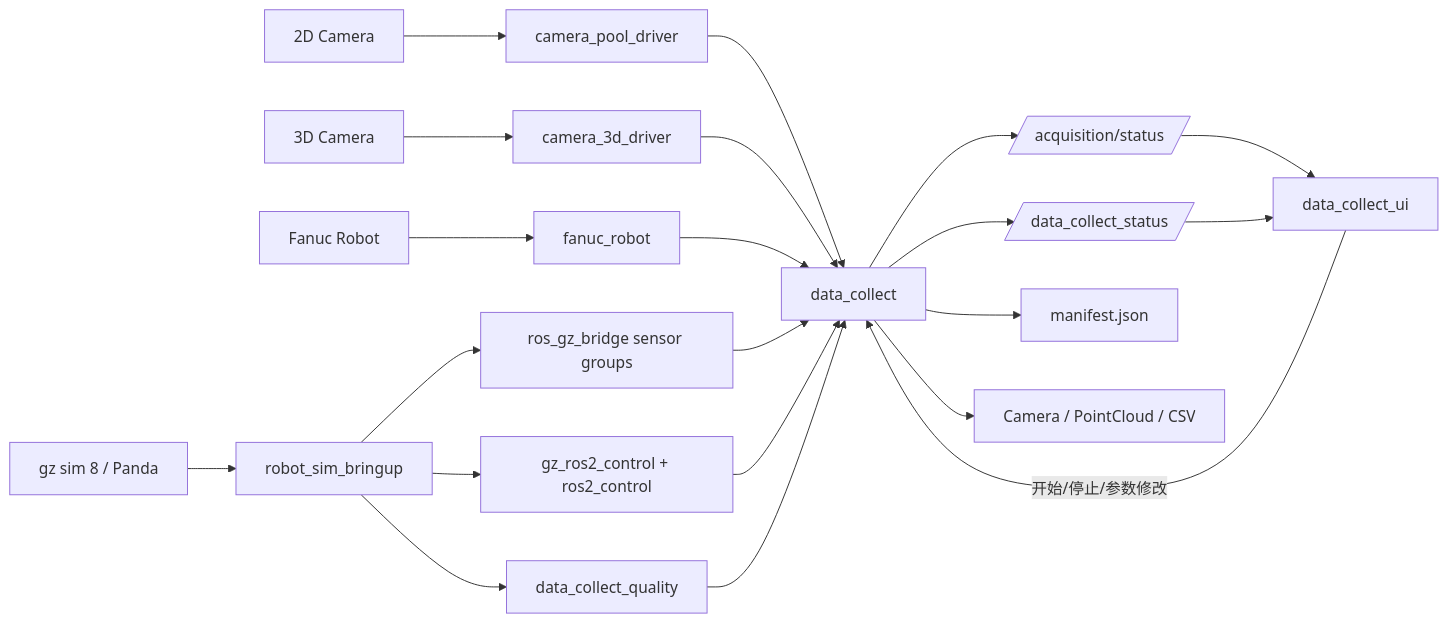
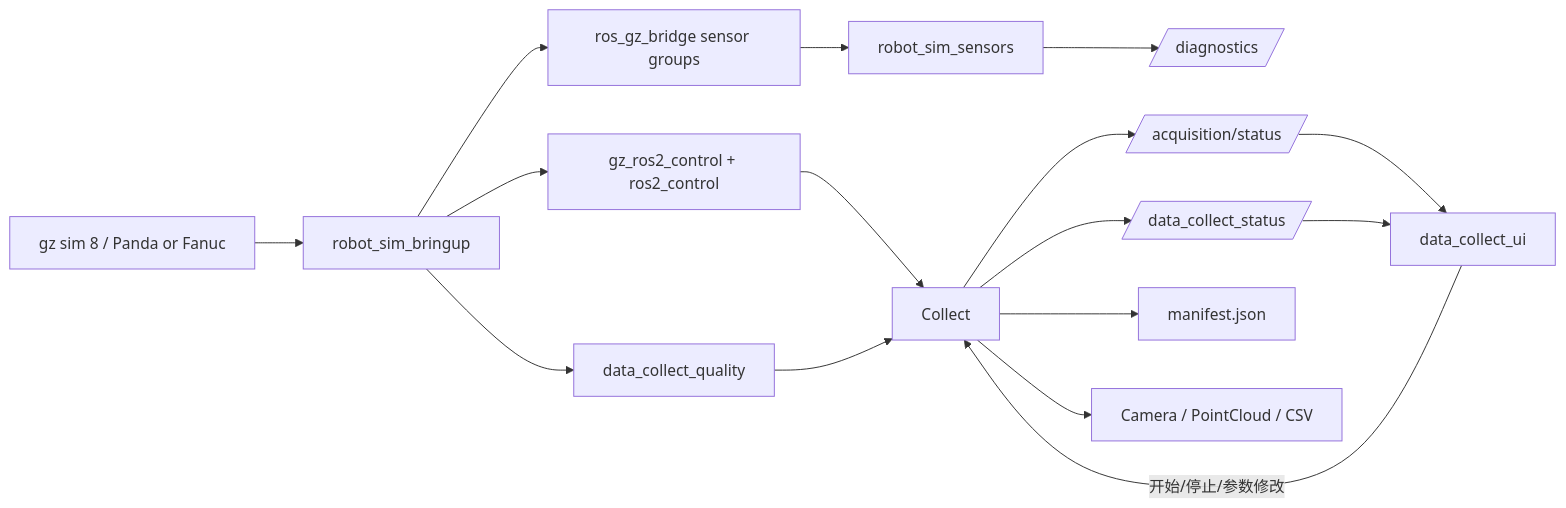
The diagram in docs/architecture/data-flow.md (MzKyle/Robot-Sim), drawn with Mermaid before and after one commit. The commit also changed other lines of this file and 84 other files, not shown here.

````diff
--- a/docs/architecture/data-flow.md
+++ b/docs/architecture/data-flow.md
@@ -5,26 +5,21 @@
 ```mermaid
 flowchart LR
-    Camera2D[2D Camera] --> Node2D[camera_pool_driver]
-    Camera3D[3D Camera] --> Node3D[camera_3d_driver]
-    Robot[Fanuc Robot] --> RobotNode[fanuc_robot]
-    SimSim[gz sim 8 / Panda] --> SimLaunch[robot_sim_bringup]
+    SimSim[gz sim 8 / Panda or Fanuc] --> SimLaunch[robot_sim_bringup]
     SimLaunch --> SimNode3D[ros_gz_bridge sensor groups]
     SimLaunch --> SimRobot[gz_ros2_control + ros2_control]
+    SimNode3D --> Receivers[robot_sim_sensors]
     SimLaunch --> Quality[data_collect_quality]
 
-    Node2D --> Collect[data_collect]
-    Node3D --> Collect
-    RobotNode --> Collect
-    SimNode3D --> Collect
     SimRobot --> Collect
     Quality --> Collect
+    Receivers --> Diagnostics[/diagnostics/]
 
     Collect --> Status[/data_collect_status/]
     Collect --> Acquisition[/acquisition/status/]
     Collect --> Manifest[manifest.json]
     Collect --> Media[Camera / PointCloud / CSV]
 
     Acquisition --> UI[data_collect_ui]
     Status --> UI
     UI -->|开始/停止/参数修改| Collect
 ```
````
